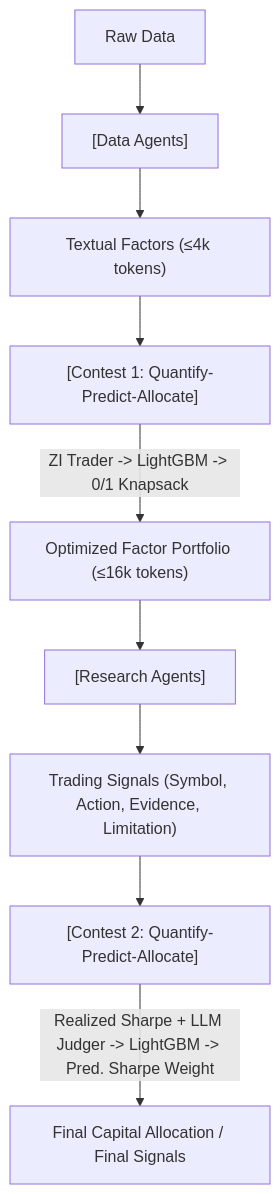
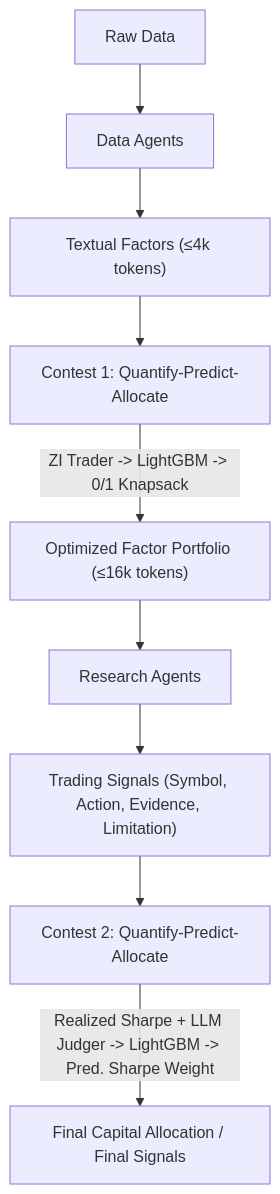
One commit to sou350121/Trading-Handbook changed the diagram in foundations/llm-agentic/contesttrade.md. Above: the diagram before and after it, drawn with Mermaid. The commit also changed 191 other files, not shown here.

First line of the commit message:
render: fix math + mermaid for GitHub across the corpus (188 pages)

````diff
--- a/foundations/llm-agentic/contesttrade.md
+++ b/foundations/llm-agentic/contesttrade.md
@@ -33,11 +33,11 @@
 ```mermaid
 flowchart TD
-    A["Raw Data"] --> B["[Data Agents]"]
+    A["Raw Data"] --> B["Data Agents"]
     B --> C["Textual Factors (≤4k tokens)"]
-    C --> D["[Contest 1: Quantify-Predict-Allocate]"]
+    C --> D["Contest 1: Quantify-Predict-Allocate"]
     D -->|ZI Trader -> LightGBM -> 0/1 Knapsack| E["Optimized Factor Portfolio (≤16k tokens)"]
-    E --> F["[Research Agents]"]
+    E --> F["Research Agents"]
     F --> G["Trading Signals (Symbol, Action, Evidence, Limitation)"]
-    G --> H["[Contest 2: Quantify-Predict-Allocate]"]
+    G --> H["Contest 2: Quantify-Predict-Allocate"]
     H -->|Realized Sharpe + LLM Judger -> LightGBM -> Pred. Sharpe Weight| I["Final Capital Allocation / Final Signals"]
 ```
````
